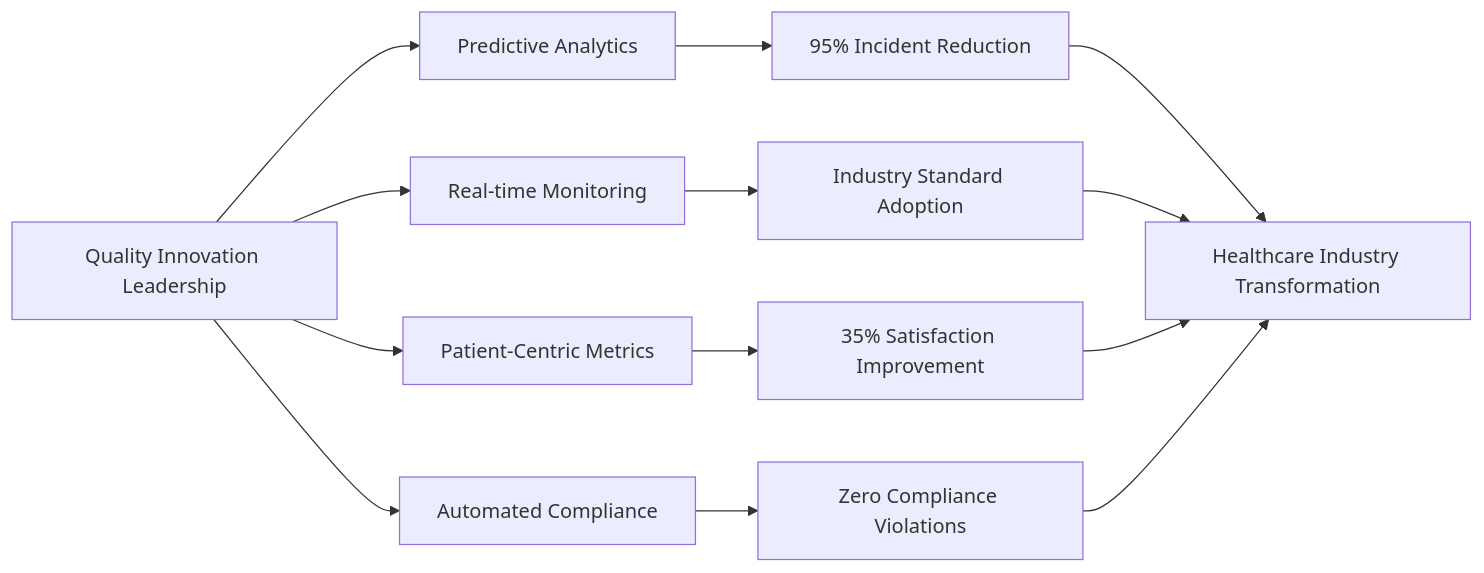
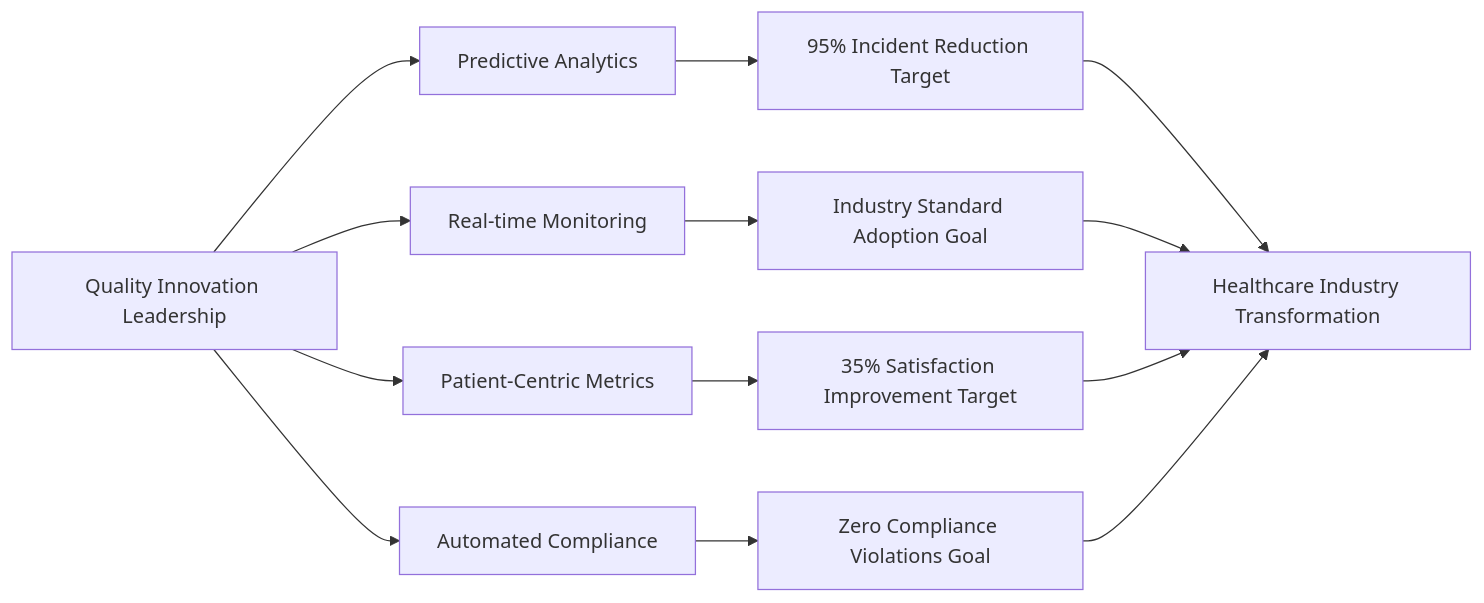
The second of 3 diagrams in chapters/08-testing-qa.md (mydr24/book), drawn with Mermaid before and after one commit. The commit also changed other lines of this file and 15 other files, not shown here.

````diff
--- a/chapters/08-testing-qa.md
+++ b/chapters/08-testing-qa.md
@@ -167,17 +169,17 @@
 ```mermaid
 graph LR
     A[Quality Innovation Leadership] --> B[Predictive Analytics]
     A --> C[Real-time Monitoring]
     A --> D[Patient-Centric Metrics]
     A --> E[Automated Compliance]
     
-    B --> F[95% Incident Reduction]
-    C --> G[Industry Standard Adoption]
-    D --> H[35% Satisfaction Improvement]
-    E --> I[Zero Compliance Violations]
+    B --> F[95% Incident Reduction Target]
+    C --> G[Industry Standard Adoption Goal]
+    D --> H[35% Satisfaction Improvement Target]
+    E --> I[Zero Compliance Violations Goal]
     
     F --> J[Healthcare Industry Transformation]
     G --> J
     H --> J
     I --> J
 ```
````
